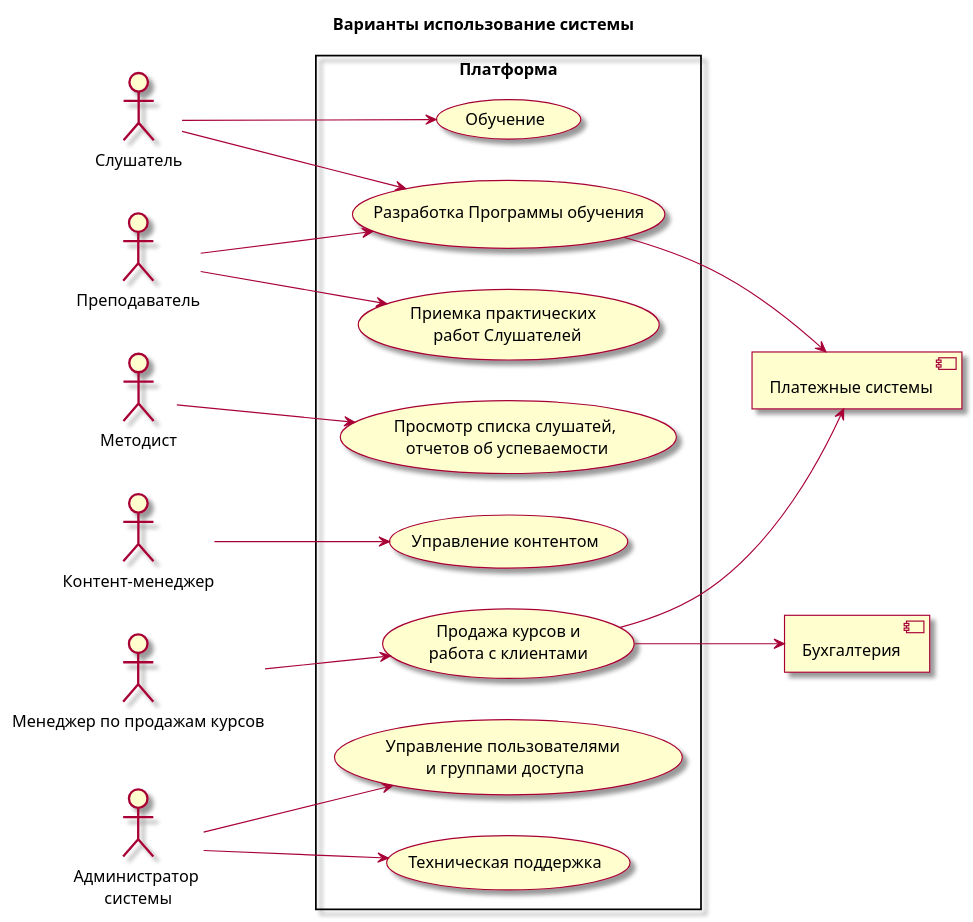
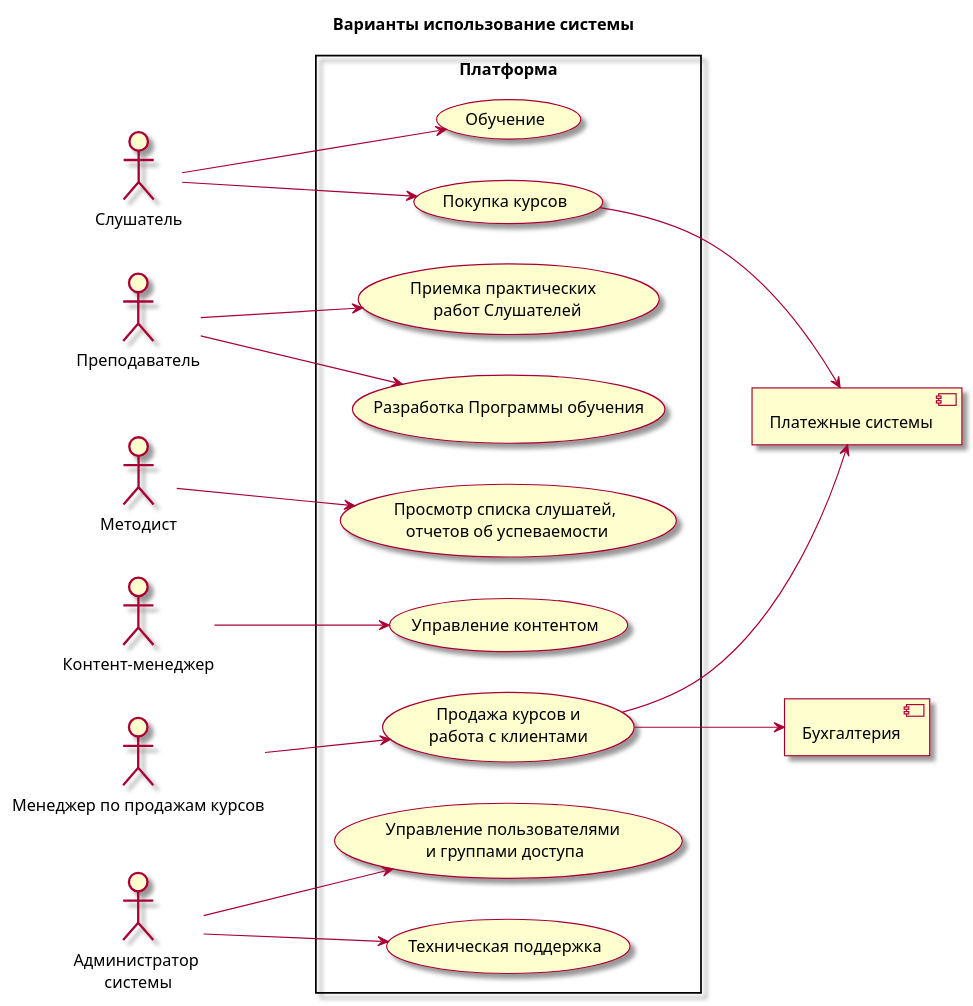
The diagram in api-warehouse/diagrams/mediusecase.iuml (PortnovAlex80/node_js_pro), drawn with PlantUML before and after one commit.

```diff
--- a/api-warehouse/diagrams/mediusecase.iuml
+++ b/api-warehouse/diagrams/mediusecase.iuml
@@ -1,49 +1,49 @@
 @startuml
 skin rose
 left to right direction
 
 title Варианты использование системы 
 
 :Слушатель: as STUDENT
 :Преподаватель: as LECTOR
 :Методист: as METOD
 :Контент-менеджер: as CONTMGR
 :Менеджер по продажам курсов: as MGR
 :Администратор \nсистемы: as ADMIN
 
 [Платежные системы] as Payments
 [Бухгалтерия] as Commercia
 
 rectangle  :Платформа: {
 
 usecase (Обучение) as UC1
 usecase (Покупка курсов) as UC9
 
 usecase (Приемка практических \n работ Слушателей) as UC2
-usecase (Разработка Программы обучения) as UC9
+usecase (Разработка Программы обучения) as UC10
 
 usecase (Просмотр списка слушатей,\n отчетов об успеваемости) as UC3
 usecase (Управление контентом) as UC4
 usecase (Продажа курсов и\nработа с клиентами) as UC5
 
 usecase (Управление пользователями \nи группами доступа) as UC7
 usecase (Техническая поддержка) as UC8
 }
 
 STUDENT --> UC1
 STUDENT --> UC9
 
 LECTOR --> UC2
-LECTOR --> UC9
+LECTOR --> UC10
 
 METOD--> UC3
 CONTMGR--> UC4
 MGR --> UC5
 
 UC5 --> Payments
 UC9 --> Payments
 UC5 --> Commercia
 
 ADMIN --> UC7
 ADMIN --> UC8
 @enduml
```
